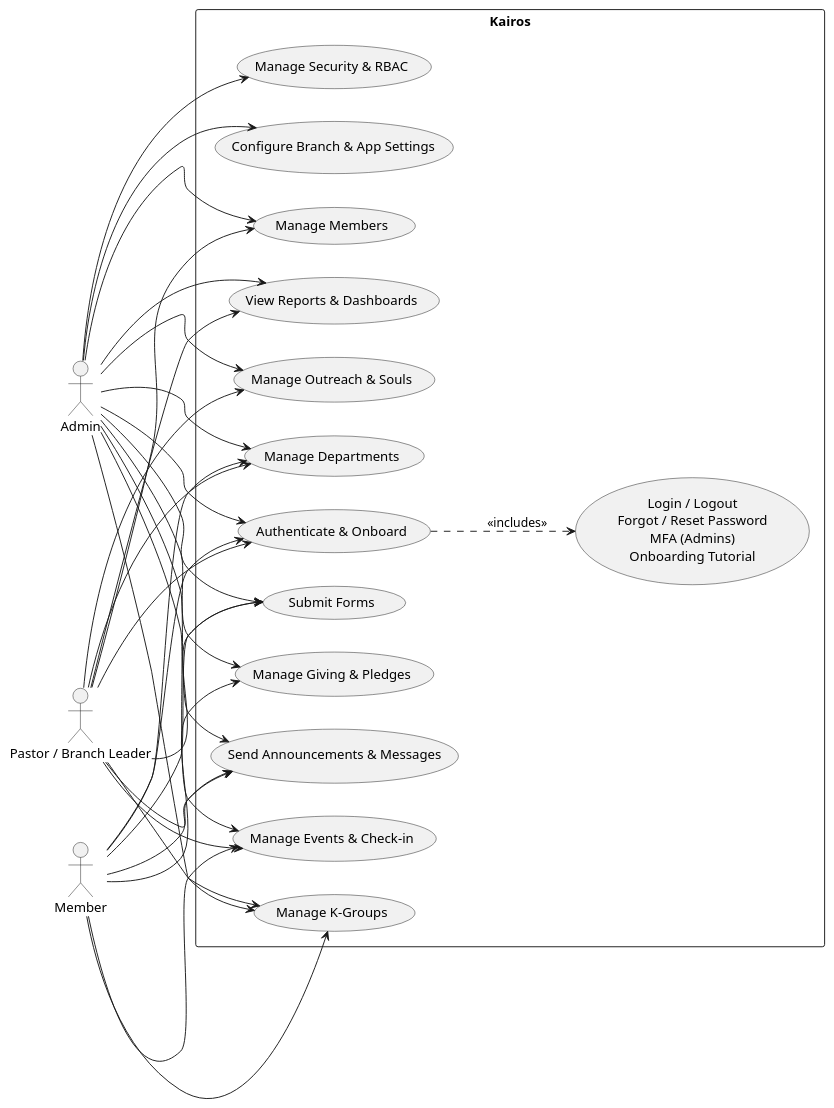
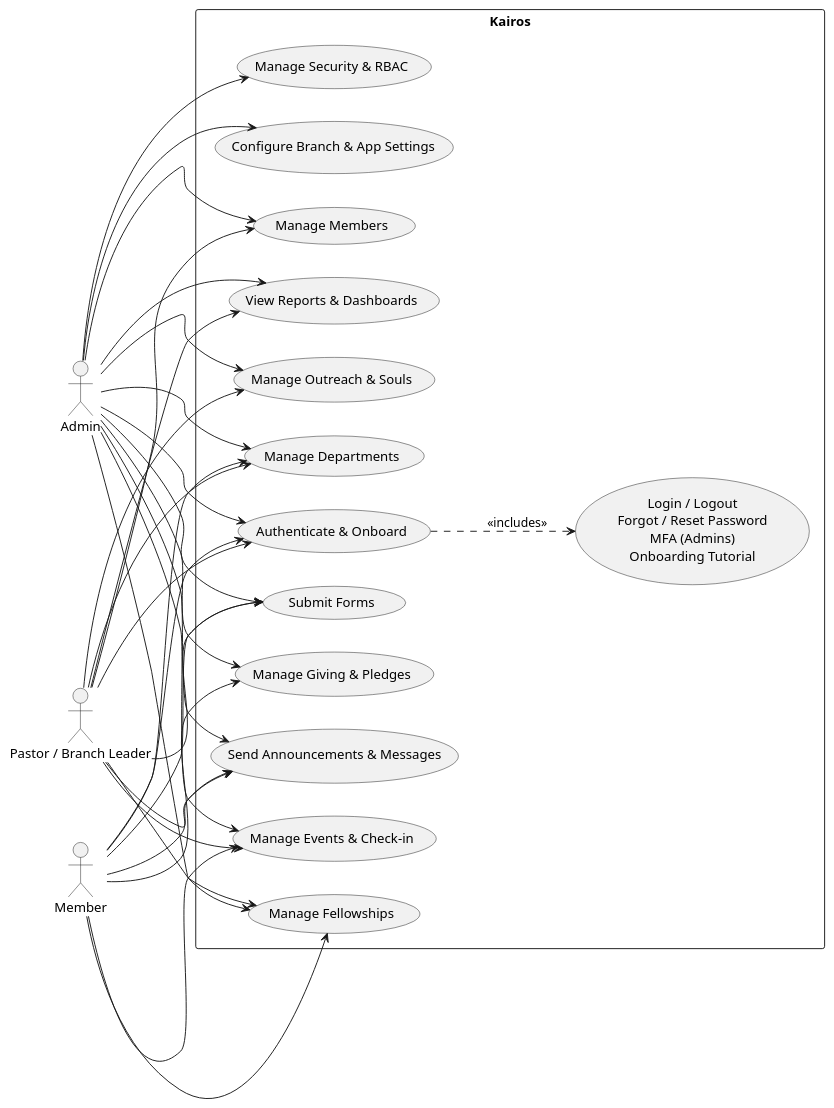
Before and after one commit to kharis-min-tech/kairos: the diagram in architecture/kairos-usecases.puml, drawn with PlantUML. The commit also changed 101 other files, not shown here.

Commit message:
rewiring the repo and architecture

```diff
--- a/architecture/kairos-usecases.puml
+++ b/architecture/kairos-usecases.puml
@@ -1,63 +1,63 @@
 @startuml kairos-usecases
 left to right direction
 skinparam packageStyle rectangle
 
 actor "Admin" as Admin
 actor "Pastor / Branch Leader" as Pastor
 actor "Member" as Member
 
 rectangle "Kairos" {
 
   (Authenticate & Onboard) as UC_Auth
   (Manage Members) as UC_Members
   (Manage Departments) as UC_Depts
-  (Manage K-Groups) as UC_KGroups
+  (Manage Fellowships) as UC_Fellowships
   (Manage Outreach & Souls) as UC_Outreach
   (Manage Events & Check-in) as UC_Events
   (Manage Giving & Pledges) as UC_Finance
   (Submit Forms) as UC_Forms
   (View Reports & Dashboards) as UC_Reports
   (Send Announcements & Messages) as UC_Comms
   (Manage Security & RBAC) as UC_Security
   (Configure Branch & App Settings) as UC_Settings
 
   ' Admin capabilities
   Admin --> UC_Auth
   Admin --> UC_Members
   Admin --> UC_Depts
-  Admin --> UC_KGroups
+  Admin --> UC_Fellowships
   Admin --> UC_Outreach
   Admin --> UC_Events
   Admin --> UC_Finance
   Admin --> UC_Forms
   Admin --> UC_Reports
   Admin --> UC_Comms
   Admin --> UC_Security
   Admin --> UC_Settings
 
   ' Pastor capabilities
   Pastor --> UC_Auth
   Pastor --> UC_Members
   Pastor --> UC_Depts
-  Pastor --> UC_KGroups
+  Pastor --> UC_Fellowships
   Pastor --> UC_Outreach
   Pastor --> UC_Events
   Pastor --> UC_Forms
   Pastor --> UC_Reports
   Pastor --> UC_Comms
 
   ' Member capabilities
   Member --> UC_Auth
   Member --> UC_Forms
   Member --> UC_Comms
   Member --> UC_Events
   Member --> UC_Finance
   Member --> UC_Depts
-  Member --> UC_KGroups
+  Member --> UC_Fellowships
 
   ' Optional: detail for Authenticate & Onboard
   usecase "Login / Logout\nForgot / Reset Password\nMFA (Admins)\nOnboarding Tutorial" as UC_AuthDetails
   UC_Auth .down.> UC_AuthDetails : <<includes>>
 }
 
 @enduml
```
